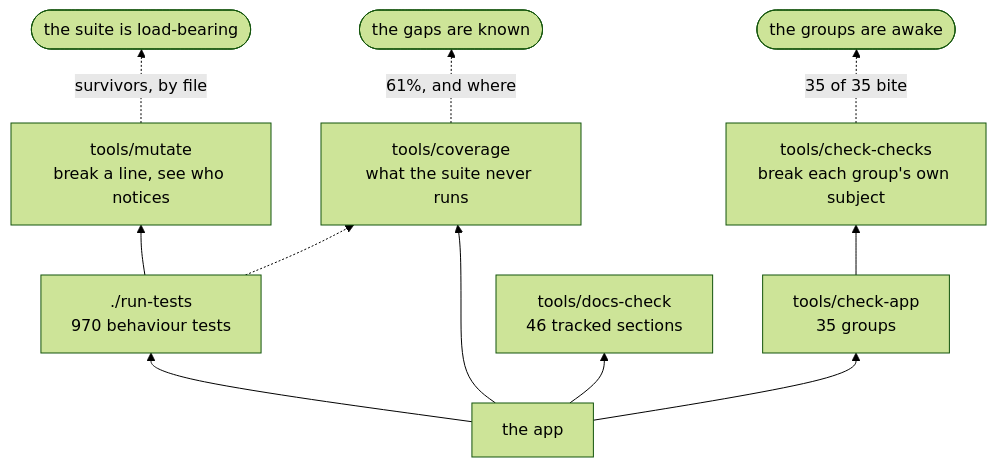
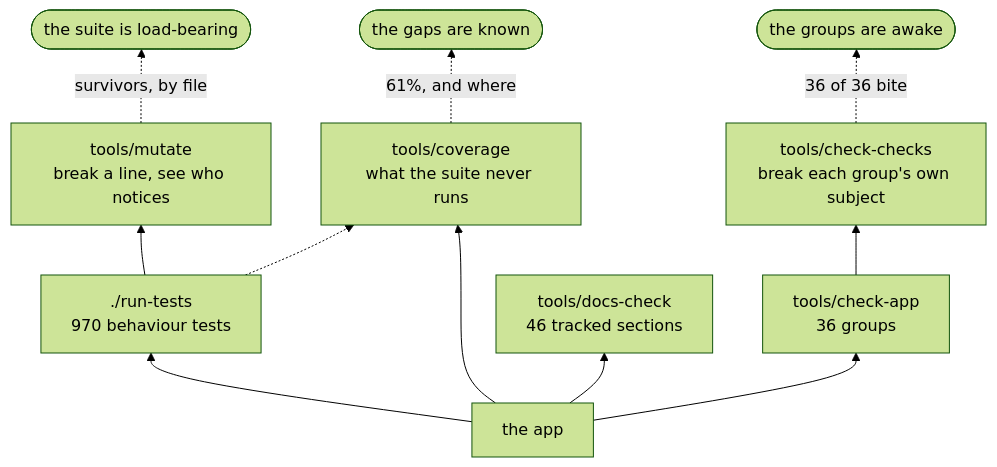
One commit to minormending/crystal-pilot-mobile changed the second of 3 diagrams in docs/DEVELOPING.md. Above: the diagram before and after it, drawn with Mermaid (forest theme). The commit also changed other lines of this file and 7 other files, not shown here.

````diff
--- a/docs/DEVELOPING.md
+++ b/docs/DEVELOPING.md
@@ -128,13 +128,13 @@
 ```mermaid
 flowchart BT
     C["the app"] --> T["./run-tests<br/>970 behaviour tests"]
-    C --> A["tools/check-app<br/>35 groups"]
+    C --> A["tools/check-app<br/>36 groups"]
     C --> D["tools/docs-check<br/>46 tracked sections"]
     C --> V["tools/coverage<br/>what the suite never runs"]
     T --> M["tools/mutate<br/>break a line, see who notices"]
     A --> K["tools/check-checks<br/>break each group's own subject"]
     T -.-> V
     M -.->|"survivors, by file"| R(["the suite is load-bearing"])
-    K -.->|"35 of 35 bite"| R2(["the groups are awake"])
+    K -.->|"36 of 36 bite"| R2(["the groups are awake"])
     V -.->|"61%, and where"| R3(["the gaps are known"])
 ```
````
